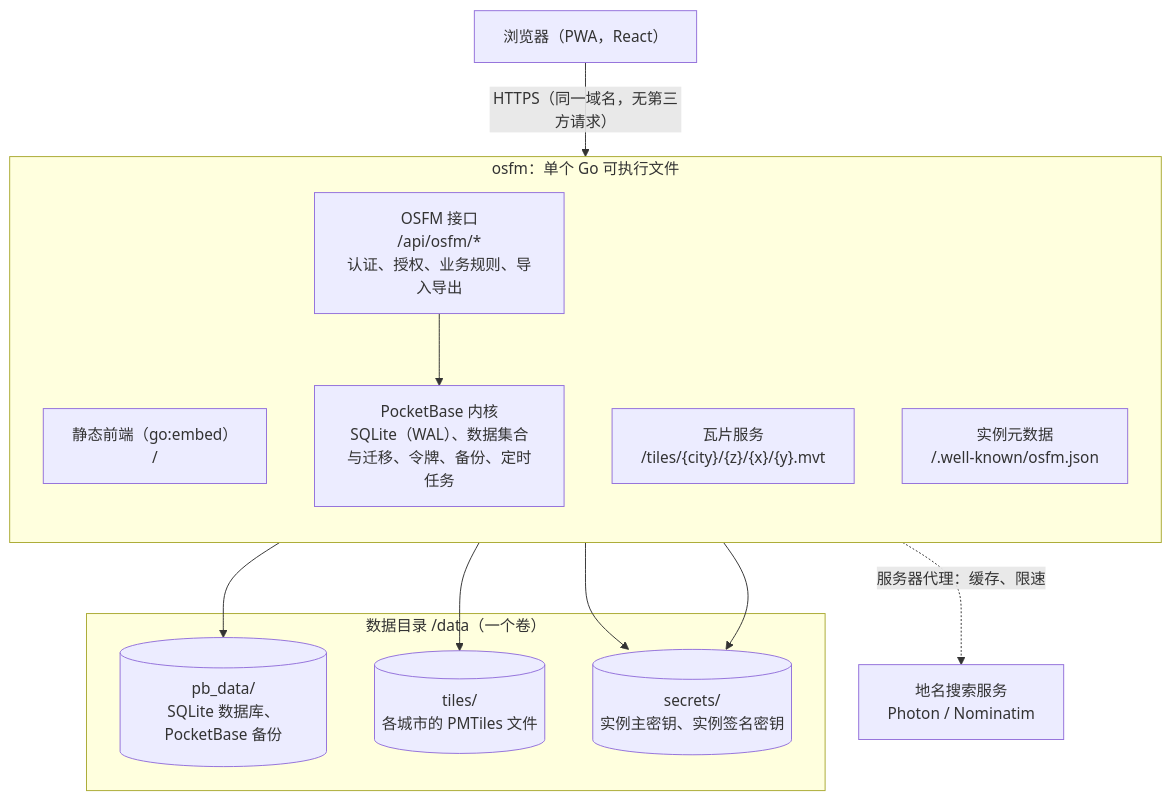
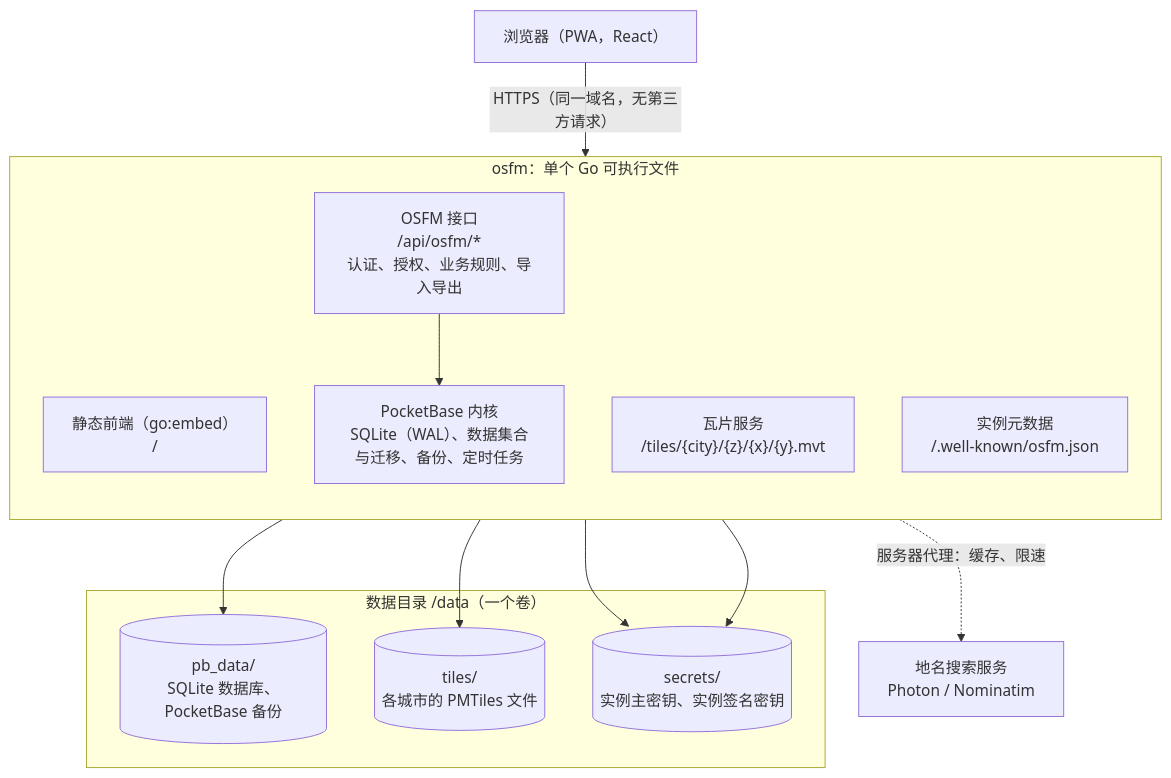
The first of 7 diagrams in docs/architecture.md (EatWell-Studio/OSFM), drawn with Mermaid before and after one commit. The commit also changed other lines of this file and 30 other files, not shown here.

````diff
--- a/docs/architecture.md
+++ b/docs/architecture.md
@@ -9,29 +9,29 @@
 ```mermaid
 flowchart TB
     browser["浏览器（PWA，React）"]
 
     subgraph bin["osfm：单个 Go 可执行文件"]
         direction TB
         static["静态前端（go:embed）<br/>/"]
         api["OSFM 接口<br/>/api/osfm/*<br/>认证、授权、业务规则、导入导出"]
         tiles["瓦片服务<br/>/tiles/{city}/{z}/{x}/{y}.mvt"]
         meta["实例元数据<br/>/.well-known/osfm.json"]
-        pb["PocketBase 内核<br/>SQLite（WAL）、数据集合与迁移、令牌、备份、定时任务"]
+        pb["PocketBase 内核<br/>SQLite（WAL）、数据集合与迁移、备份、定时任务"]
         api --> pb
     end
 
     subgraph data["数据目录 /data（一个卷）"]
         pbdata[("pb_data/<br/>SQLite 数据库、PocketBase 备份")]
         tilefiles[("tiles/<br/>各城市的 PMTiles 文件")]
         secrets[("secrets/<br/>实例主密钥、实例签名密钥")]
     end
 
     geocoder["地名搜索服务<br/>Photon / Nominatim"]
 
     browser -->|"HTTPS（同一域名，无第三方请求）"| bin
     pb --> pbdata
     tiles --> tilefiles
     api --> secrets
     meta --> secrets
     api -.->|"服务器代理：缓存、限速"| geocoder
 ```
````
